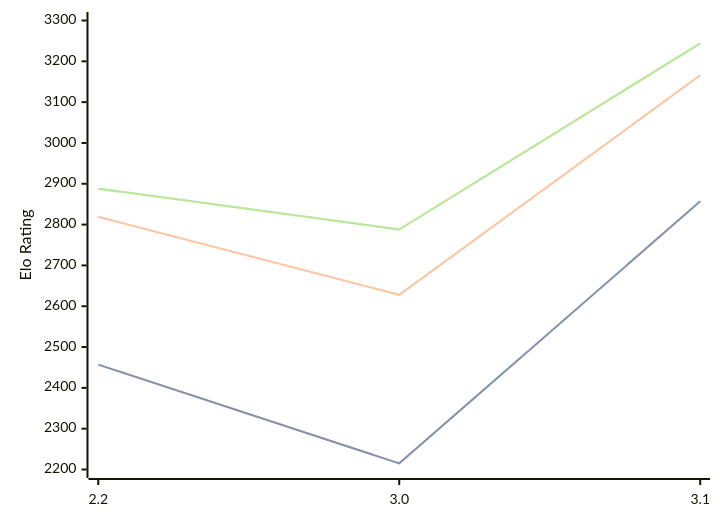
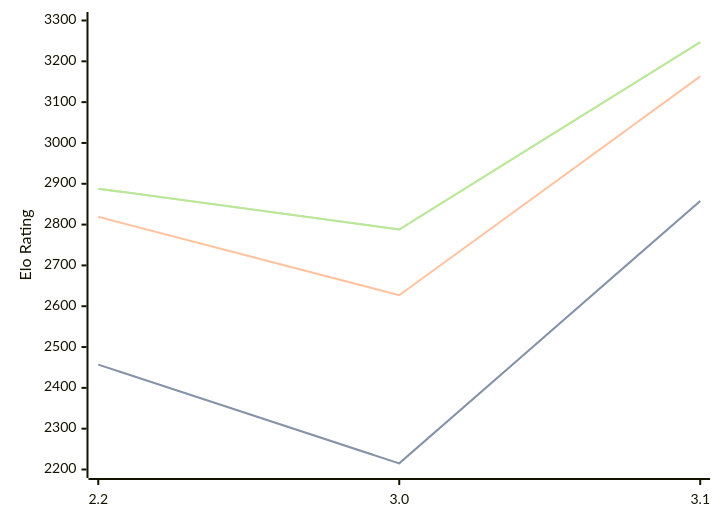
The diagram in engines/Thrawn.md (computer-chess-index/cci), drawn with Mermaid before and after one commit. The commit also changed other lines of this file, not shown here.

Commit message:
Update CCI Ratings (ELO VLTC) - 2026-07-21

````diff
--- a/engines/Thrawn.md
+++ b/engines/Thrawn.md
@@ -41,11 +41,11 @@
 ```mermaid
 %%{init: {"theme":"base","themeVariables":{"seriesColors:['#a3a3a3','#222221','#faa371']}}}%%
 xychart-beta
   x-axis ["2.2", "3.0", "3.1"]
   y-axis "Elo Rating" 2200 --> 3300
-  line "STC (8.0+0.08s)" [2457, 2215, 2857]
-  line "STC (8.0+0.08s)" [2457, 2215, 2857]
-  line "LTC (60.0+0.60s)" [2819, 2628, 3166]
-  line "VLTC (2m24s+1.12s)" [2888, 2788, 3244]
-  line "VLTC (2m24s+1.12s)" [2888, 2788, 3244]
+  line "STC (8.0+0.08s)" [2457, 2215, 2858]
+  line "STC (8.0+0.08s)" [2457, 2215, 2858]
+  line "LTC (60.0+0.60s)" [2819, 2627, 3163]
+  line "VLTC (2m24s+1.12s)" [2888, 2788, 3247]
+  line "VLTC (2m24s+1.12s)" [2888, 2788, 3247]
 ```
````
